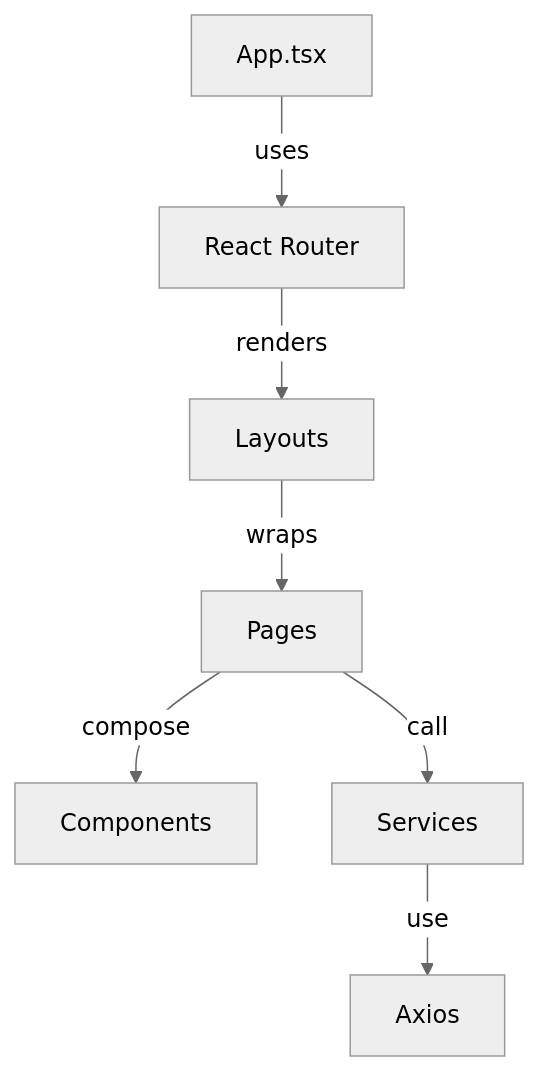
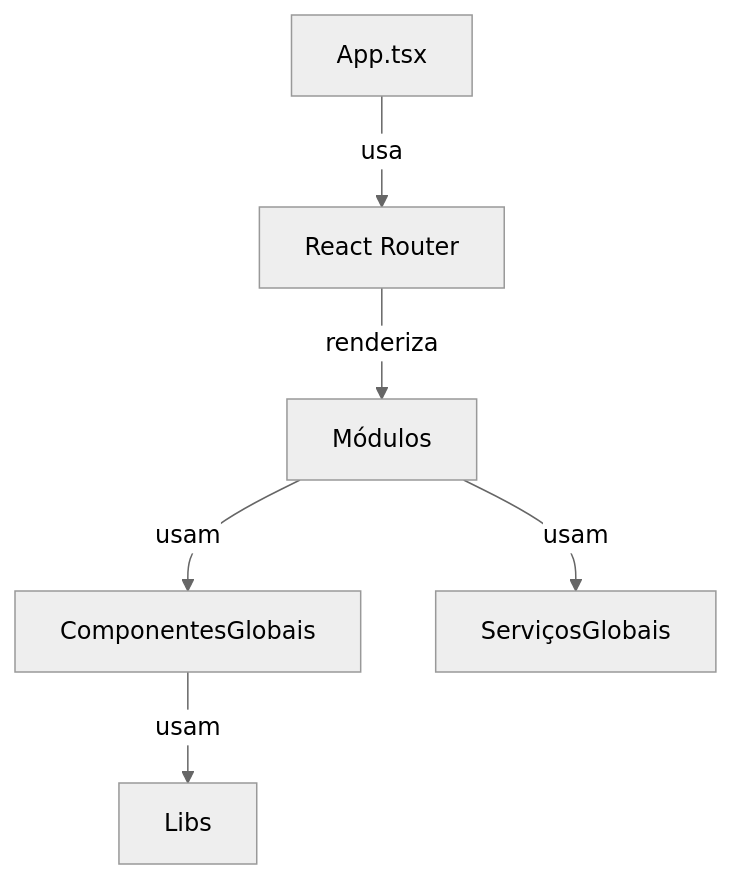
The diagram in frontend/FRONTEND_DOCUMENTATION.md (danielbcarvalho/smart-nutri), drawn with Mermaid (neutral theme) before and after one commit. The commit also changed other lines of this file and 75 other files, not shown here.

````diff
--- a/frontend/FRONTEND_DOCUMENTATION.md
+++ b/frontend/FRONTEND_DOCUMENTATION.md
@@ -132,9 +40,8 @@
 ```mermaid
 graph TD
-  App[App.tsx] -->|uses| Router[React Router]
-  Router -->|renders| Layouts
-  Layouts -->|wraps| Pages
-  Pages -->|compose| Components
-  Pages -->|call| Services
-  Services -->|use| Axios
+  App[App.tsx] -->|usa| Router[React Router]
+  Router -->|renderiza| Módulos
+  Módulos -->|usam| ComponentesGlobais
+  Módulos -->|usam| ServiçosGlobais
+  ComponentesGlobais -->|usam| Libs
 ```
````
